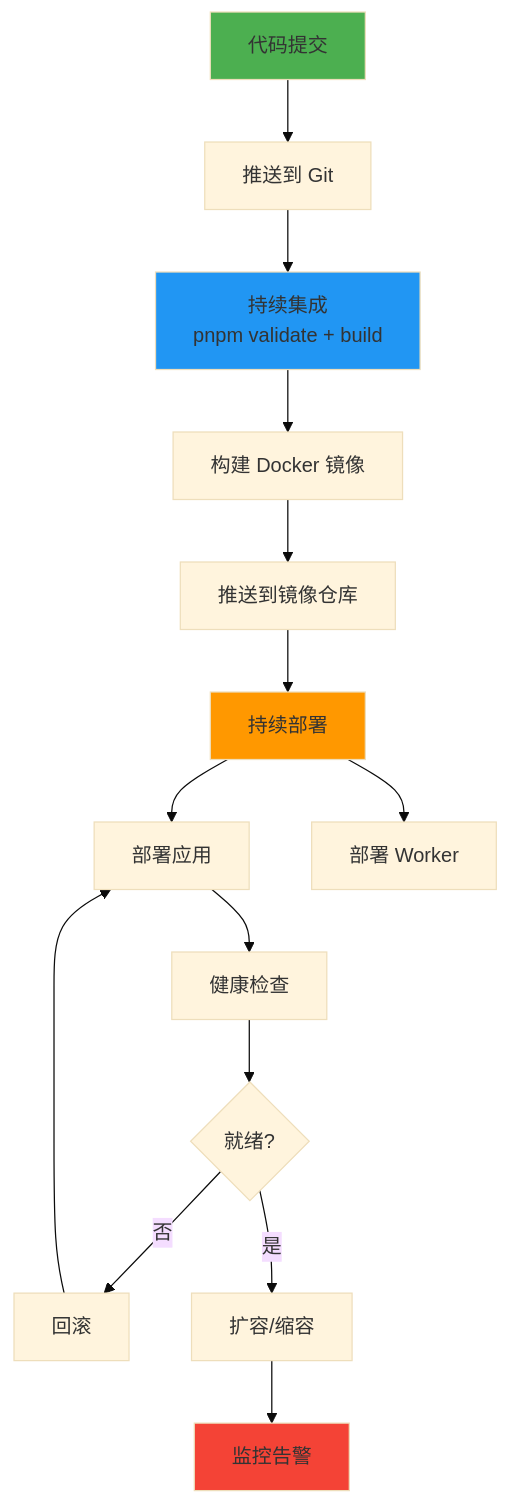
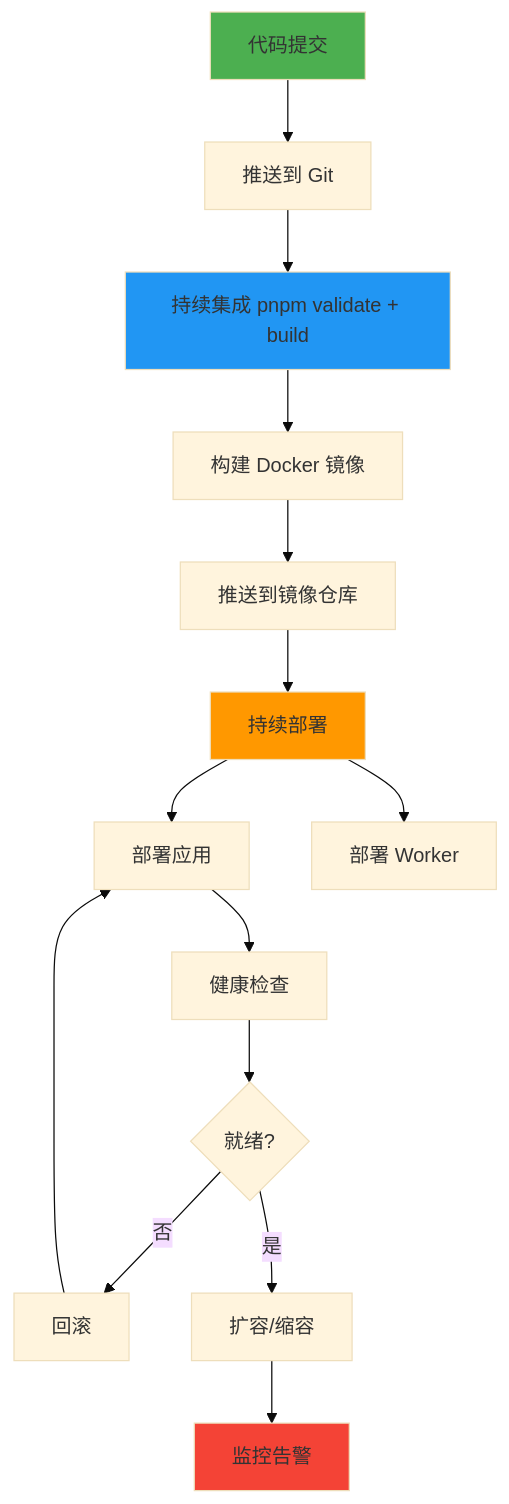
Before and after one commit to Pekaoseya/intelligent-itinerary-planner: diagram 13 of 14 in ARCHITECTURE.md, drawn with Mermaid (base theme). The commit also changed other lines of this file and 2 other files, not shown here.

First line of the commit message:
fix: 修复 Mermaid 图表格式问题 - 移除 HTML 标签和修复双引号嵌套

````diff
--- a/ARCHITECTURE.md
+++ b/ARCHITECTURE.md
@@ -1156,25 +1156,25 @@
 ```mermaid
 flowchart TD
     Start[代码提交] --> GitPush[推送到 Git]
-    GitPush --> CI[持续集成<br/>pnpm validate + build]
+    GitPush --> CI[持续集成 pnpm validate + build]
     CI --> DockerBuild[构建 Docker 镜像]
     DockerBuild --> Registry[推送到镜像仓库]
 
     Registry --> CD[持续部署]
     CD --> DeployApp[部署应用]
     CD --> DeployWorker[部署 Worker]
 
     DeployApp --> HealthCheck[健康检查]
     HealthCheck --> Ready{就绪?}
 
     Ready -->|否| Rollback[回滚]
     Ready -->|是| Scale[扩容/缩容]
 
     Rollback --> DeployApp
     Scale --> Monitor[监控告警]
 
     style Start fill:#4CAF50
     style CI fill:#2196F3
     style CD fill:#FF9800
     style Monitor fill:#F44336
 ```
````
